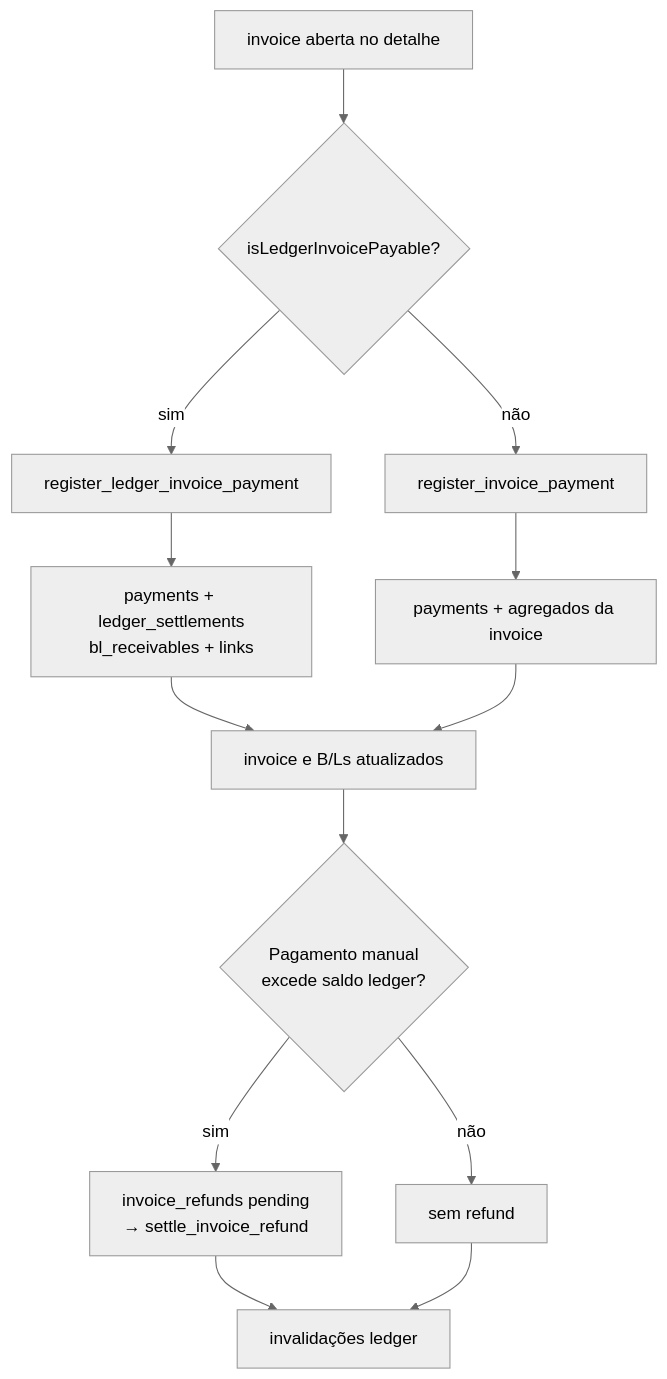
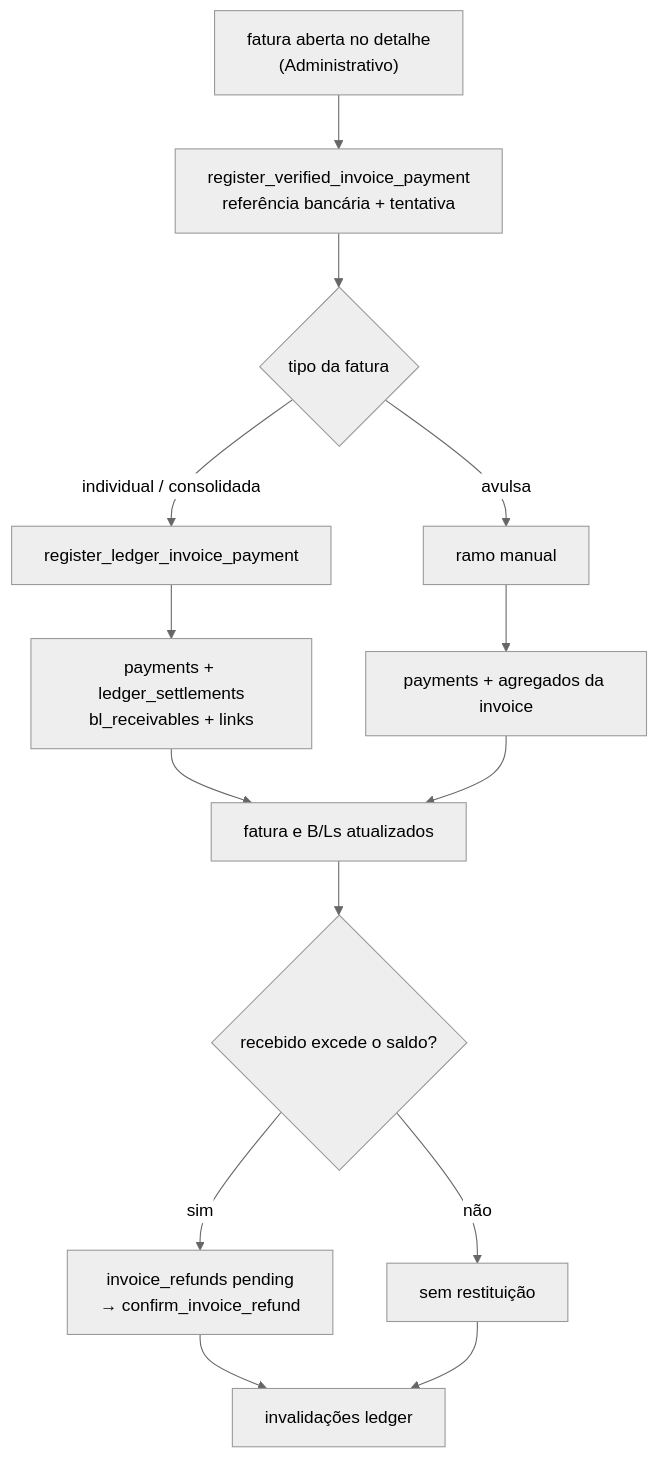
One commit to luccafwlog/vela changed the diagram in docs/modules/faturamento.md. Above: the diagram before and after it, drawn with Mermaid (neutral theme). The commit also changed other lines of this file and 2 other files, not shown here.

````diff
--- a/docs/modules/faturamento.md
+++ b/docs/modules/faturamento.md
@@ -485,15 +662,16 @@
 ```mermaid
 flowchart TD
-    Open["invoice aberta no detalhe"] --> Decide{"isLedgerInvoicePayable?"}
-    Decide -->|sim| Ledger["register_ledger_invoice_payment"]
-    Decide -->|não| Legacy["register_invoice_payment"]
+    Open["fatura aberta no detalhe<br/>(Administrativo)"] --> Verified["register_verified_invoice_payment<br/>referência bancária + tentativa"]
+    Verified --> Decide{"tipo da fatura"}
+    Decide -->|"individual / consolidada"| Ledger["register_ledger_invoice_payment"]
+    Decide -->|avulsa| Manual["ramo manual"]
     Ledger --> LWrite["payments + ledger_settlements<br/>bl_receivables + links"]
-    Legacy --> GWrite["payments + agregados da invoice"]
-    LWrite --> Sync["invoice e B/Ls atualizados"]
+    Manual --> GWrite["payments + agregados da invoice"]
+    LWrite --> Sync["fatura e B/Ls atualizados"]
     GWrite --> Sync
-    Sync --> Refund{"Pagamento manual<br/>excede saldo ledger?"}
-    Refund -->|sim| RefundRow["invoice_refunds pending<br/>→ settle_invoice_refund"]
-    Refund -->|não| NoRefund["sem refund"]
+    Sync --> Refund{"recebido excede o saldo?"}
+    Refund -->|sim| RefundRow["invoice_refunds pending<br/>→ confirm_invoice_refund"]
+    Refund -->|não| NoRefund["sem restituição"]
     RefundRow --> Cache["invalidações ledger"]
     NoRefund --> Cache
 ```
````
